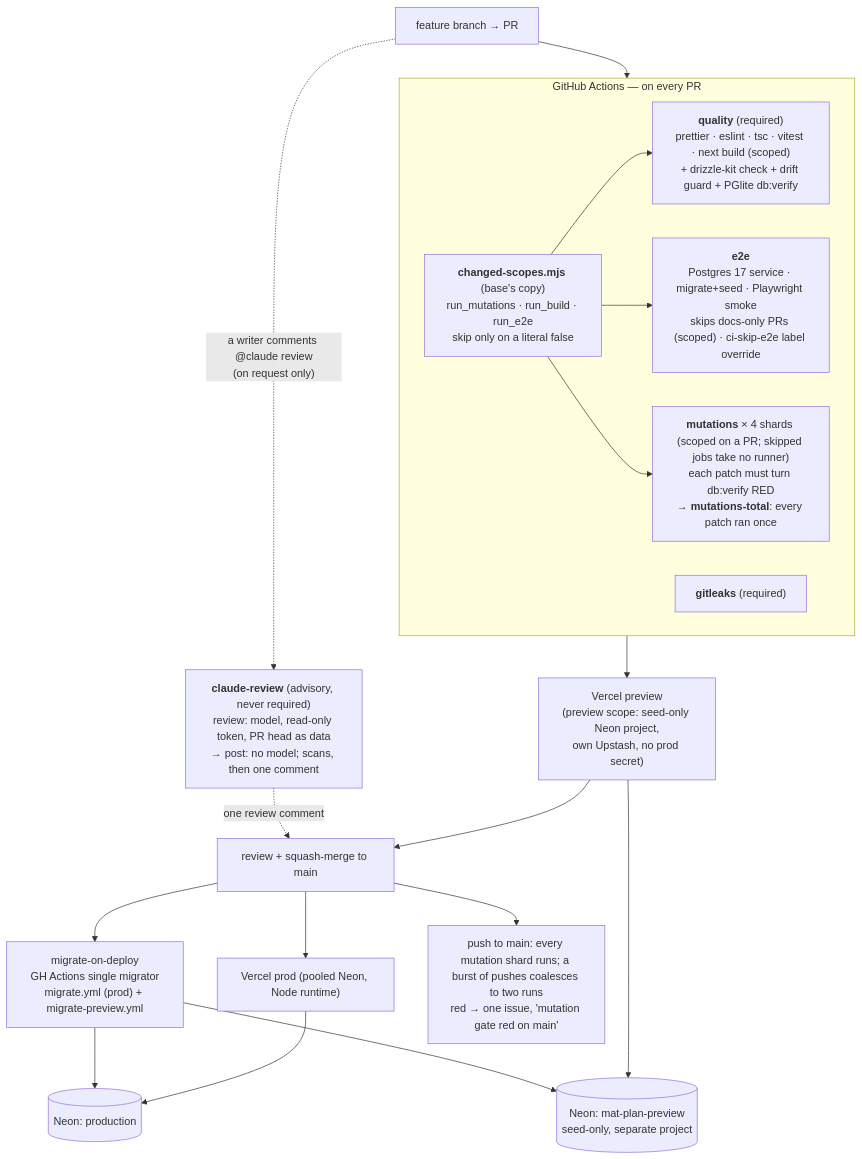
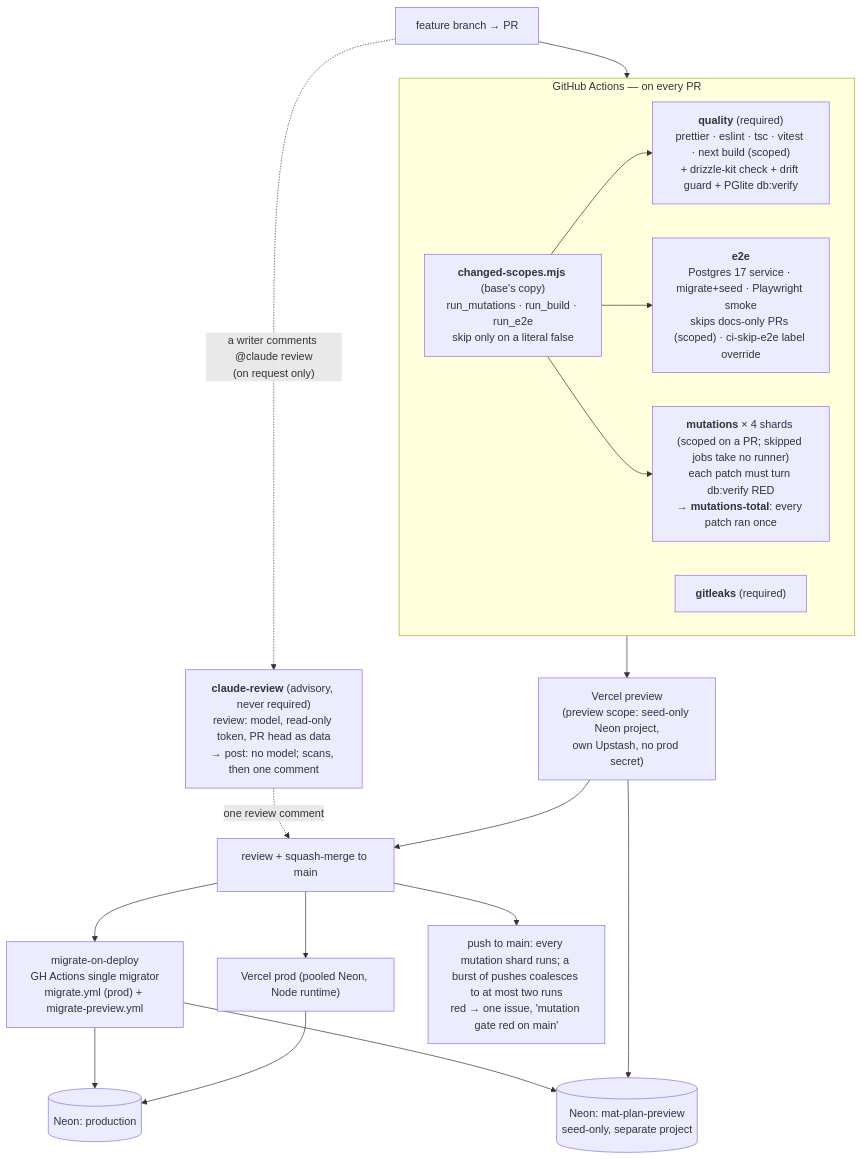
Before and after one commit to ralamode/mat-plan: diagram 17 of 21 in docs/architecture.md, drawn with Mermaid. The commit also changed 7 other files, not shown here.

````diff
--- a/docs/architecture.md
+++ b/docs/architecture.md
@@ -844,25 +844,25 @@
 ```mermaid
 flowchart TB
   DEV["feature branch → PR"] --> CI
   subgraph CI["GitHub Actions — on every PR"]
     S["<b>changed-scopes.mjs</b> (base's copy)<br/>run_mutations · run_build · run_e2e<br/>skip only on a literal false"]
     Q["<b>quality</b> (required)<br/>prettier · eslint · tsc · vitest · next build (scoped)<br/>+ drizzle-kit check + drift guard + PGlite db:verify"]
     E["<b>e2e</b><br/>Postgres 17 service · migrate+seed · Playwright smoke<br/>skips docs-only PRs (scoped) · ci-skip-e2e label override"]
     M["<b>mutations</b> × 4 shards (scoped on a PR; skipped jobs take no runner)<br/>each patch must turn db:verify RED<br/>→ <b>mutations-total</b>: every patch ran once"]
     S --> Q
     S --> E
     S --> M
     G["<b>gitleaks</b> (required)"]
   end
   CI --> PREV["Vercel preview<br/>(preview scope: seed-only Neon project,<br/>own Upstash, no prod secret)"]
   DEV -. "a writer comments @claude review<br/>(on request only)" .-> CR["<b>claude-review</b> (advisory, never required)<br/>review: model, read-only token, PR head as data<br/>→ post: no model; scans, then one comment"]
   CR -. "one review comment" .-> REV
   PREV --> REV["review + squash-merge to main"]
   REV --> MIG["migrate-on-deploy<br/>GH Actions single migrator<br/>migrate.yml (prod) + migrate-preview.yml"]
   REV --> PROD["Vercel prod (pooled Neon, Node runtime)"]
-  REV --> MAIN["push to main: every mutation shard runs; a burst of pushes coalesces to two runs<br/>red → one issue, 'mutation gate red on main'"]
+  REV --> MAIN["push to main: every mutation shard runs; a burst of pushes coalesces to at most two runs<br/>red → one issue, 'mutation gate red on main'"]
   MIG --> NEON[("Neon: production")]
   MIG --> NEONP[("Neon: mat-plan-preview<br/>seed-only, separate project")]
   PROD --> NEON
   PREV --> NEONP
 ```
````
